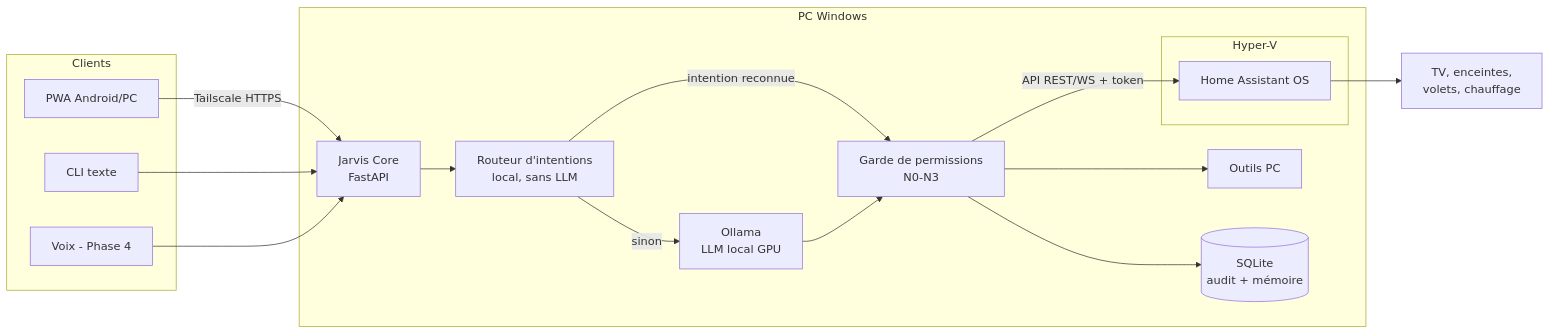
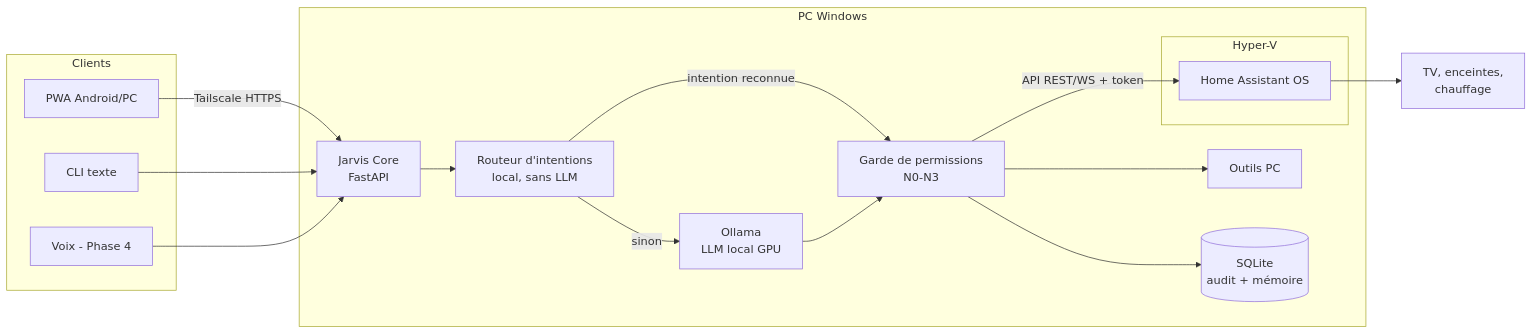
The diagram in docs/ARCHITECTURE.md (RomainChe/myJarvis), drawn with Mermaid before and after one commit. The commit also changed other lines of this file and 17 other files, not shown here.

````diff
--- a/docs/ARCHITECTURE.md
+++ b/docs/ARCHITECTURE.md
@@ -19,29 +19,29 @@
 ```mermaid
 flowchart LR
   subgraph Clients
     PWA[PWA Android/PC]
     CLI[CLI texte]
     MIC[Voix - Phase 4]
   end
   subgraph PC Windows
     CORE[Jarvis Core<br/>FastAPI]
     ROUTER[Routeur d'intentions<br/>local, sans LLM]
     GATE[Garde de permissions<br/>N0-N3]
     LLM[Ollama<br/>LLM local GPU]
     PCT[Outils PC]
     DB[(SQLite<br/>audit + mémoire)]
     subgraph Hyper-V
       HA[Home Assistant OS]
     end
   end
-  DEV[TV, enceintes,<br/>volets, chauffage]
+  DEV[TV, enceintes,<br/>chauffage]
   PWA -- Tailscale HTTPS --> CORE
   CLI --> CORE
   MIC --> CORE
   CORE --> ROUTER
   ROUTER -- intention reconnue --> GATE
   ROUTER -- sinon --> LLM --> GATE
   GATE --> PCT
   GATE -- API REST/WS + token --> HA --> DEV
   GATE --> DB
 ```
````
